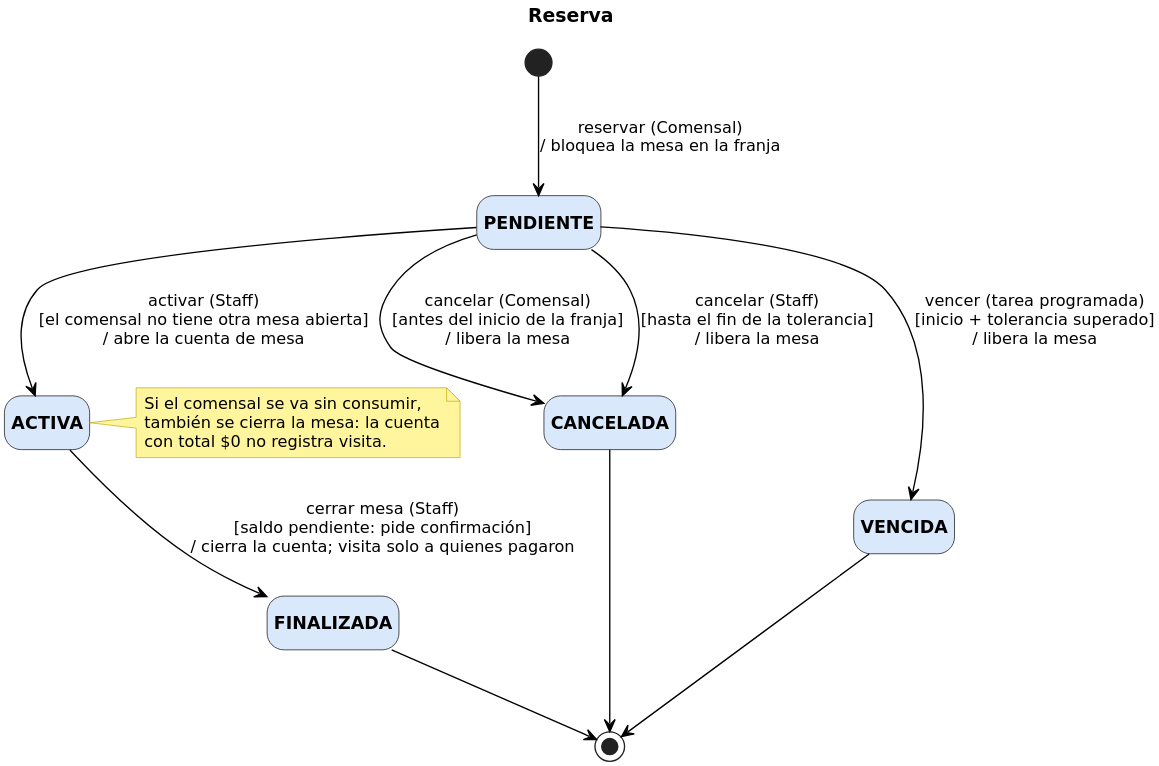
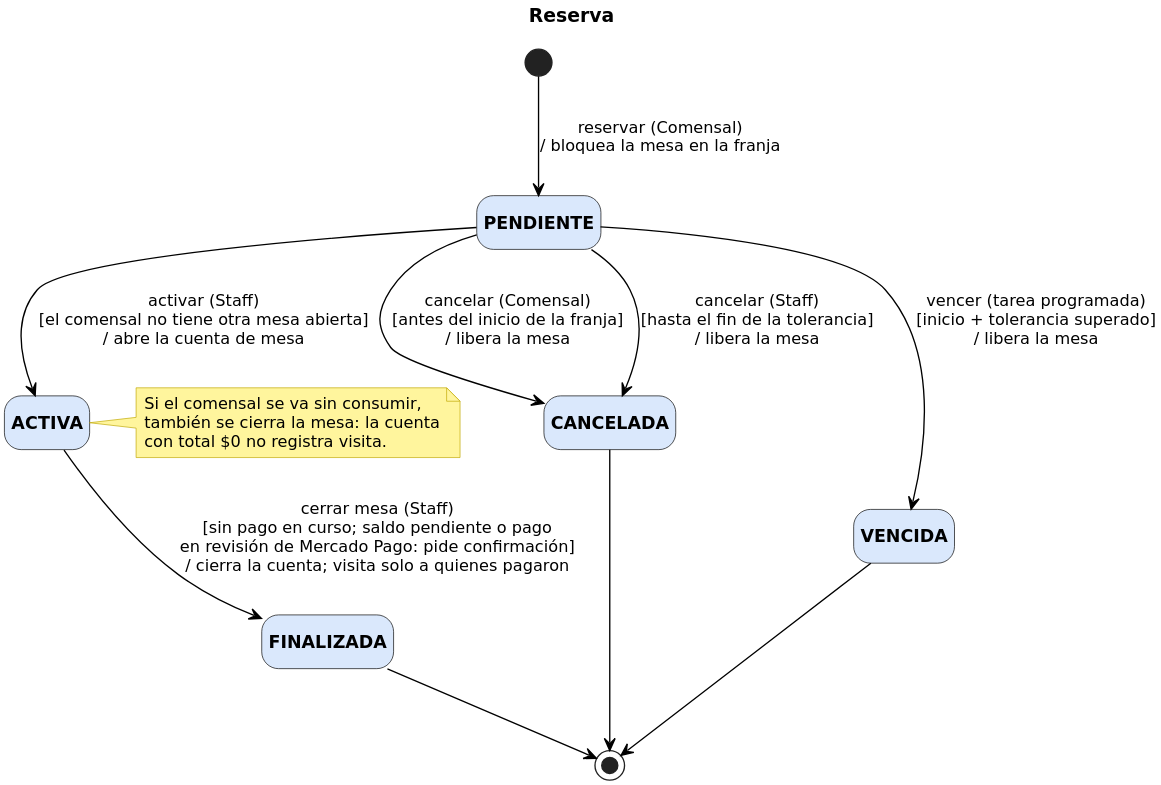
Before and after one commit to GabrielLigresti/TFG-PGIM: the diagram in docs/modelos/estado/reserva/v1/estado-reserva-v1.puml, drawn with PlantUML. The commit also changed 12 other files, not shown here.

First line of the commit message:
Registrar en los modelos el medio de pago que informa Mercado Pago y las transiciones de la revisión

```diff
--- a/docs/modelos/estado/reserva/v1/estado-reserva-v1.puml
+++ b/docs/modelos/estado/reserva/v1/estado-reserva-v1.puml
@@ -1,43 +1,43 @@
 @startuml estado-reserva-v1
 ' Diagrama de estado (UML). Paleta alineada con CU y secuencias formato Vialia.
 ' Transiciones: evento (quién) [condición] / efecto
 skinparam dpi 300
 skinparam defaultFontName DejaVu Sans
 skinparam defaultFontSize 12
 skinparam shadowing false
 skinparam ArrowColor #000000
 skinparam state {
   BackgroundColor #DAE8FC
   BorderColor #000000
   FontSize 13
   FontStyle bold
   StartColor #000000
   EndColor #000000
 }
 skinparam note {
   BackgroundColor #FFF59D
   BorderColor #BFA800
 }
 hide empty description
 title Reserva
 
 state PENDIENTE
 state ACTIVA
 state FINALIZADA
 state CANCELADA
 state VENCIDA
 [*] --> PENDIENTE : reservar (Comensal)\n/ bloquea la mesa en la franja
 PENDIENTE --> ACTIVA : activar (Staff)\n[el comensal no tiene otra mesa abierta]\n/ abre la cuenta de mesa
 PENDIENTE --> CANCELADA : cancelar (Comensal)\n[antes del inicio de la franja]\n/ libera la mesa
 PENDIENTE --> CANCELADA : cancelar (Staff)\n[hasta el fin de la tolerancia]\n/ libera la mesa
 PENDIENTE --> VENCIDA : vencer (tarea programada)\n[inicio + tolerancia superado]\n/ libera la mesa
-ACTIVA --> FINALIZADA : cerrar mesa (Staff)\n[saldo pendiente: pide confirmación]\n/ cierra la cuenta; visita solo a quienes pagaron
+ACTIVA --> FINALIZADA : cerrar mesa (Staff)\n[sin pago en curso; saldo pendiente o pago\nen revisión de Mercado Pago: pide confirmación]\n/ cierra la cuenta; visita solo a quienes pagaron
 FINALIZADA --> [*]
 CANCELADA --> [*]
 VENCIDA --> [*]
 note right of ACTIVA
   Si el comensal se va sin consumir,
   también se cierra la mesa: la cuenta
   con total $0 no registra visita.
 end note
 @enduml
```
